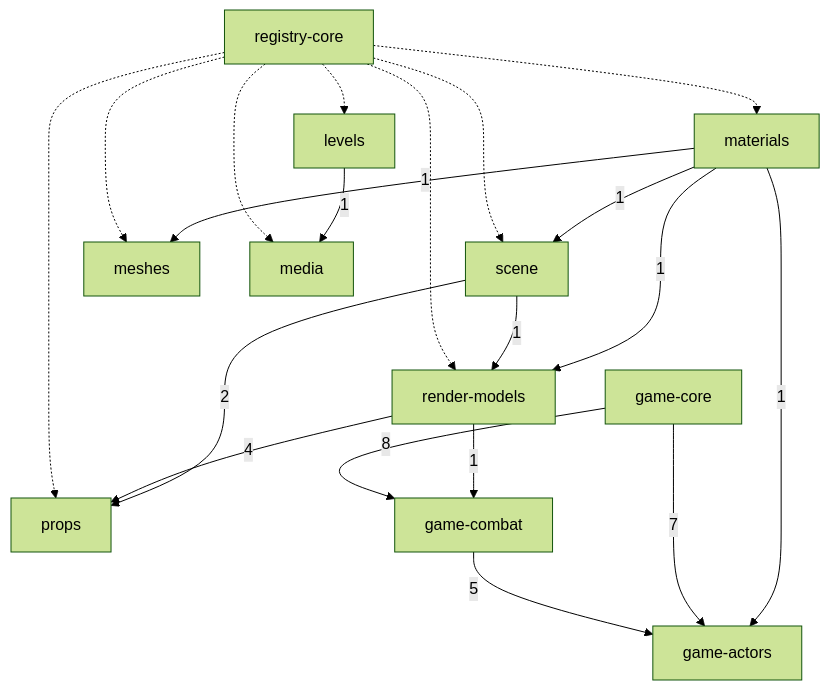
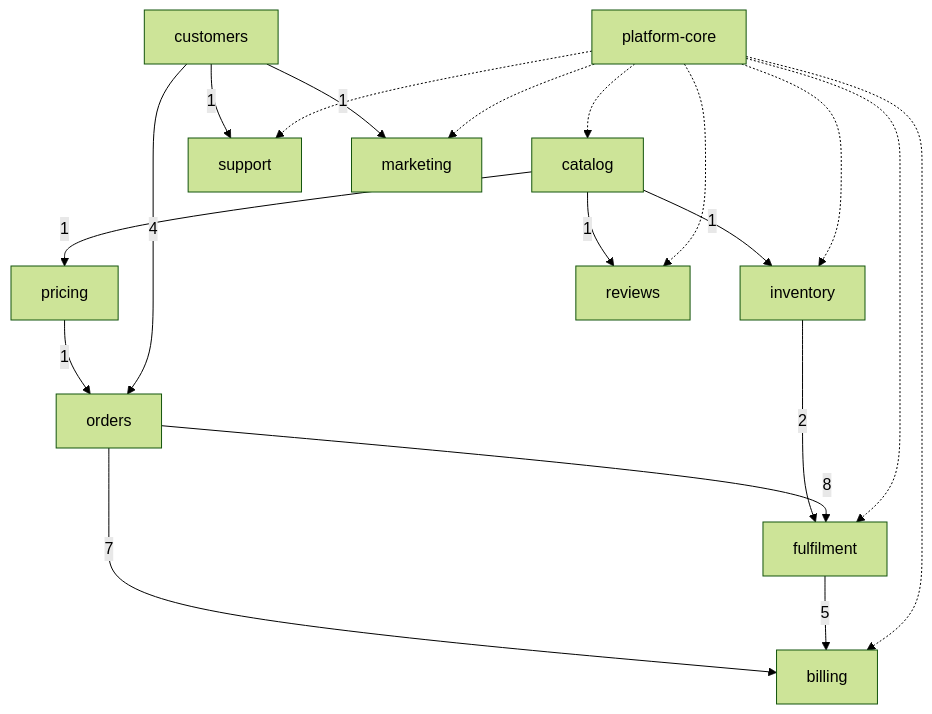
The seventh of 7 diagrams in skills/authoring/diagrams-and-tables/references/er/examples.md (jonasferagen/agent-skills), drawn with Mermaid (forest theme) before and after one commit. The commit also changed other lines of this file and 95 other files, not shown here.

````diff
--- a/skills/authoring/diagrams-and-tables/references/er/examples.md
+++ b/skills/authoring/diagrams-and-tables/references/er/examples.md
@@ -216,35 +209,34 @@
 ```mermaid
 flowchart TB
-  RC["registry-core"]
-  MAT["materials"]
-  SCN["scene"]
-  RM["render-models"]
-  MSH["meshes"]
-  PRP["props"]
-  MED["media"]
-  LVL["levels"]
-  MCORE["game-core"]
-  MCMB["game-combat"]
-  MACT["game-actors"]
+  CORE["platform-core"]
+  CAT["catalog"]
+  PRC["pricing"]
+  INV["inventory"]
+  CUS["customers"]
+  ORD["orders"]
+  FUL["fulfilment"]
+  BIL["billing"]
+  SUP["support"]
+  MKT["marketing"]
+  REV["reviews"]
 
-  MAT -->|1| SCN
-  MAT -->|1| RM
-  MAT -->|1| MSH
-  SCN -->|1| RM
-  SCN -->|2| PRP
-  RM -->|4| PRP
-  MAT -->|1| MACT
-  RM -->|1| MCMB
-  LVL -->|1| MED
-  MCORE -->|8| MCMB
-  MCORE -->|7| MACT
-  MCMB -->|5| MACT
+  CAT -->|1| PRC
+  CAT -->|1| INV
+  CAT -->|1| REV
+  PRC -->|1| ORD
+  INV -->|2| FUL
+  CUS -->|4| ORD
+  CUS -->|1| SUP
+  CUS -->|1| MKT
+  ORD -->|8| FUL
+  ORD -->|7| BIL
+  FUL -->|5| BIL
 
-  RC -.-> MAT
-  RC -.-> SCN
-  RC -.-> RM
-  RC -.-> MSH
-  RC -.-> PRP
-  RC -.-> MED
-  RC -.-> LVL
+  CORE -.-> CAT
+  CORE -.-> INV
+  CORE -.-> FUL
+  CORE -.-> BIL
+  CORE -.-> SUP
+  CORE -.-> MKT
+  CORE -.-> REV
 ```
````
